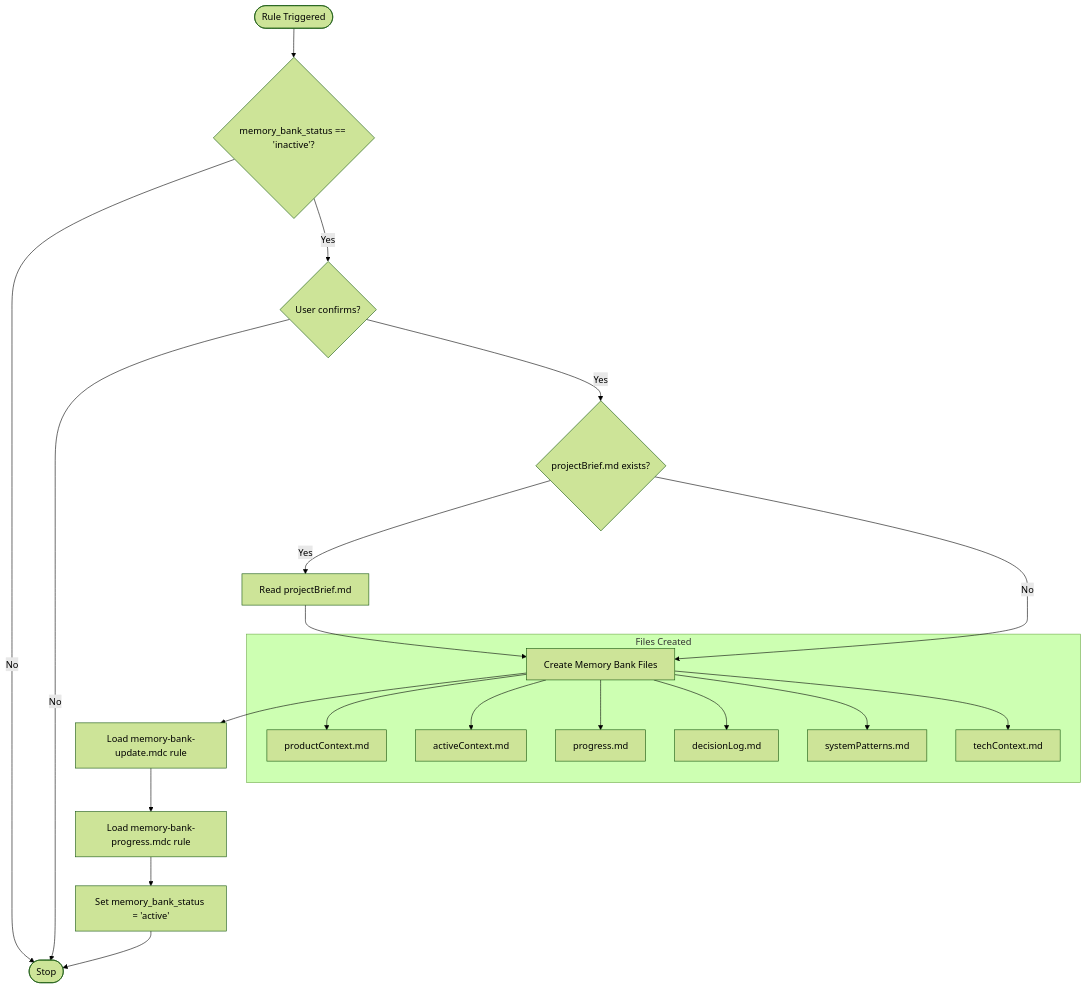
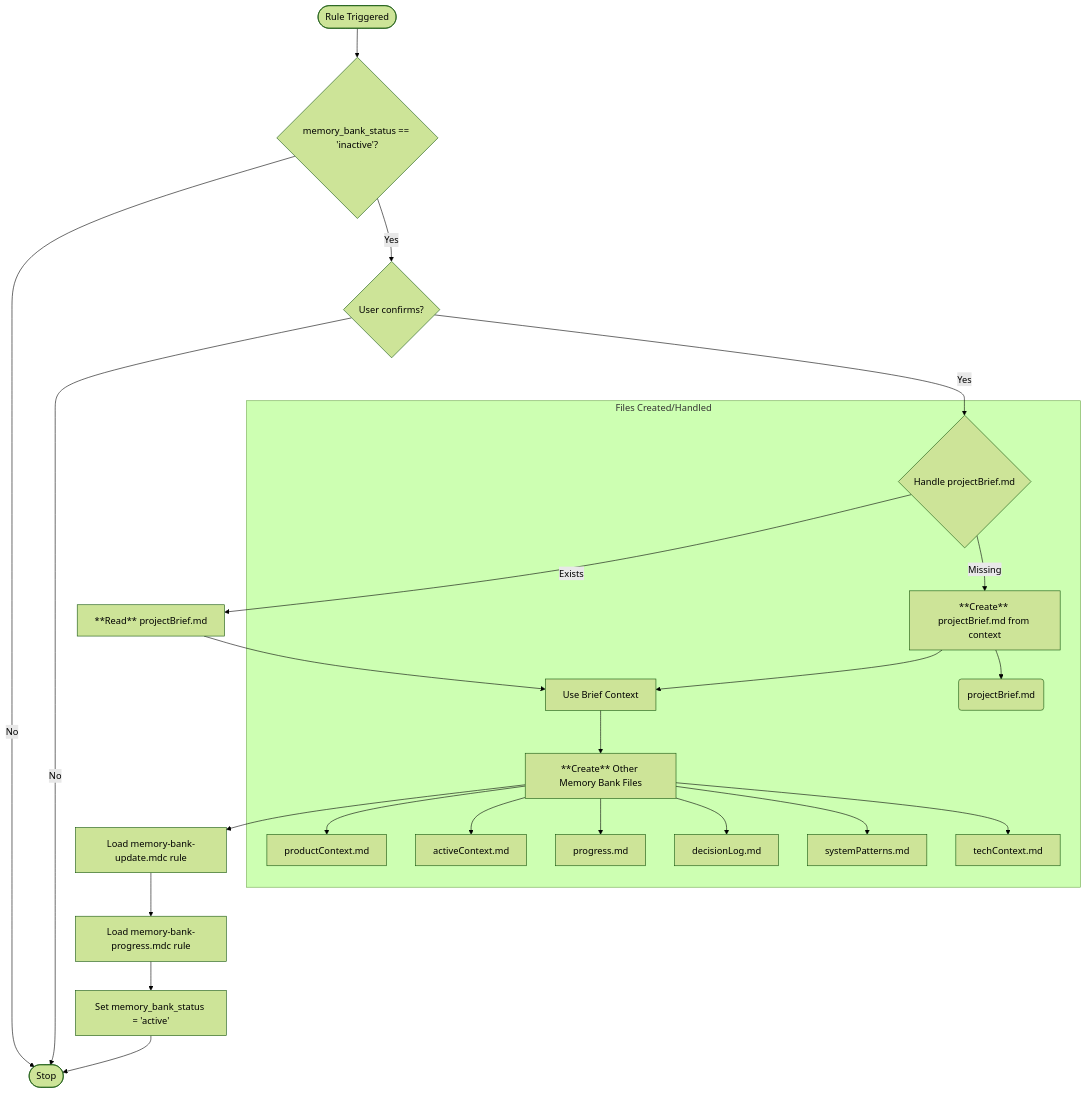
Before and after one commit to kvokka/getting-started: the diagram in .cursor/rules/agent/memory-bank-init.mdc, drawn with Mermaid (forest theme). The commit also changed other lines of this file and 1 other file, not shown here.

First line of the commit message:
feat(agent): init memory bank with project brief handling

````diff
--- a/.cursor/rules/agent/memory-bank-init.mdc
+++ b/.cursor/rules/agent/memory-bank-init.mdc
@@ -19,27 +19,34 @@
 ```mermaid
 flowchart TD
     Start([Rule Triggered]) --> CheckStatus{memory_bank_status == 'inactive'?}
     CheckStatus -->|No| End([Stop])
 
     CheckStatus -->|Yes| Confirm{User confirms?}
     Confirm -->|No| End
 
-    Confirm -->|Yes| CheckBrief{projectBrief.md exists?}
-    CheckBrief -->|Yes| ReadBrief[Read projectBrief.md]
-    CheckBrief -->|No| CreateFiles
-    ReadBrief --> CreateFiles[Create Memory Bank Files]
+    Confirm -->|Yes| HandleBrief{Handle projectBrief.md}
+    HandleBrief -- Exists --> ReadBrief[**Read** projectBrief.md]
+    HandleBrief -- Missing --> CreateBrief[**Create** projectBrief.md from context]
+
+    ReadBrief --> UseBriefContext[Use Brief Context]
+    CreateBrief --> UseBriefContext
+
+    UseBriefContext --> CreateFiles[**Create** Other Memory Bank Files]
 
     CreateFiles --> LoadUpdateRule[Load memory-bank-update.mdc rule]
     LoadUpdateRule --> LoadProgressRule[Load memory-bank-progress.mdc rule]
     LoadProgressRule --> UpdateStatus[Set memory_bank_status = 'active']
     UpdateStatus --> End
 
-    subgraph "Files Created"
+    subgraph "Files Created/Handled"
+        HandleBrief
+        CreateBrief --> FileBrief(projectBrief.md)
+        UseBriefContext
         CreateFiles --> ProductContext[productContext.md]
         CreateFiles --> ActiveContext[activeContext.md]
         CreateFiles --> Progress[progress.md]
         CreateFiles --> DecisionLog[decisionLog.md]
         CreateFiles --> SystemPatterns[systemPatterns.md]
         CreateFiles --> TechContext[techContext.md]
     end
 ```
````
